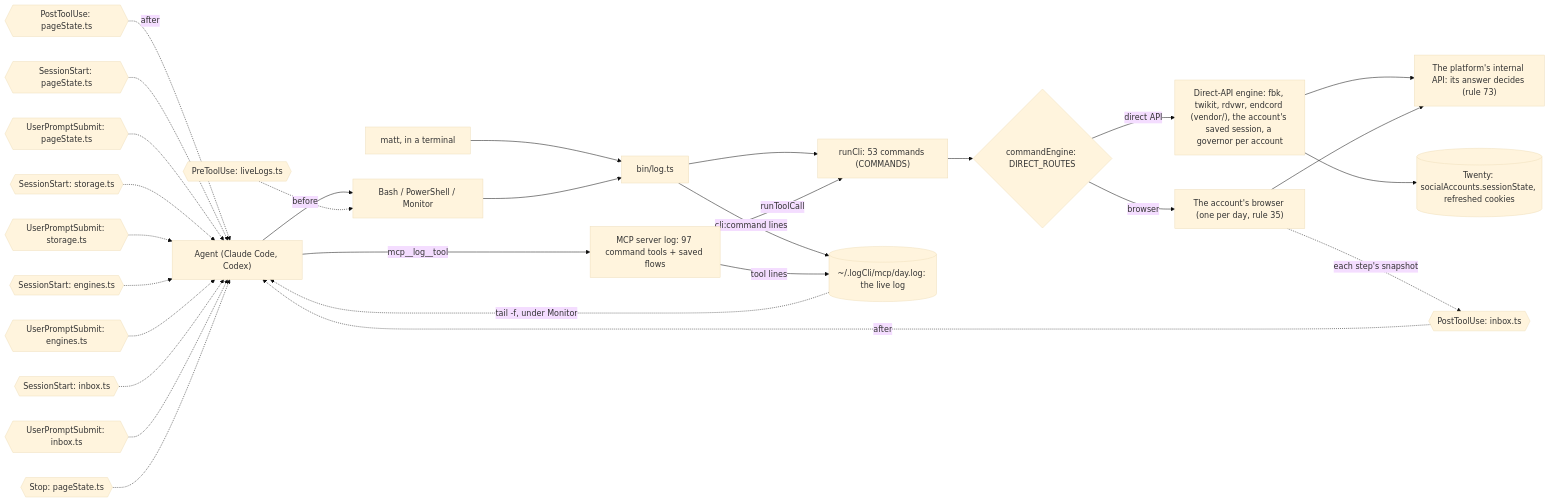
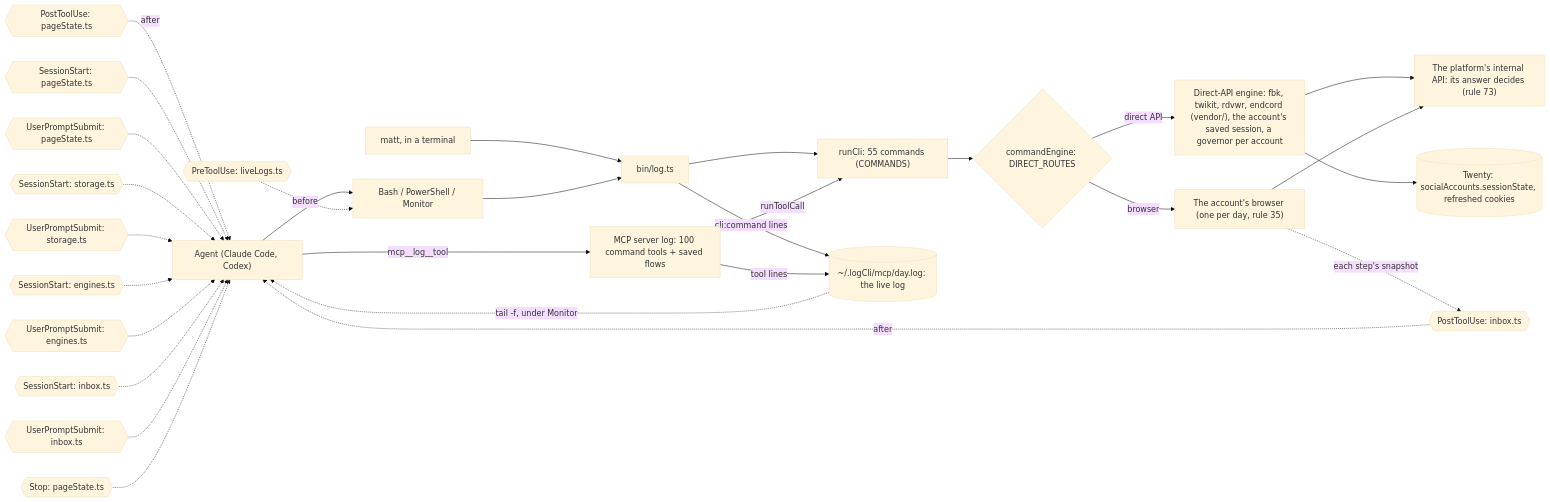
One commit to matthewdonsemail-lab/log changed the third of 6 diagrams in README.md. Above: the diagram before and after it, drawn with Mermaid (base theme). The commit also changed other lines of this file and 10 other files, not shown here.

Commit message:
feat(discord): log discord chats and send, on endcord, each an MCP tool

````diff
--- a/README.md
+++ b/README.md
@@ -232,43 +234,43 @@
 ```mermaid
 flowchart LR
   agent["Agent (Claude Code, Codex)"]
   matt["matt, in a terminal"]
   shell["Bash / PowerShell / Monitor"]
-  mcp["MCP server log: 97 command tools + saved flows"]
+  mcp["MCP server log: 100 command tools + saved flows"]
   bin["bin/log.ts"]
-  runCli["runCli: 53 commands (COMMANDS)"]
+  runCli["runCli: 55 commands (COMMANDS)"]
   live[("~/.logCli/mcp/day.log: the live log")]
   engine{"commandEngine: DIRECT_ROUTES"}
   direct["Direct-API engine: fbk, twikit, rdvwr, endcord (vendor/), the account's saved session, a governor per account"]
   browser["The account's browser (one per day, rule 35)"]
   api["The platform's internal API: its answer decides (rule 73)"]
   twenty[("Twenty: socialAccounts.sessionState, refreshed cookies")]
   agent --> shell
   matt --> bin
   shell --> bin
   agent -->|mcp__log__tool| mcp
   bin --> runCli
   mcp -->|runToolCall| runCli
   runCli --> engine
   engine -->|direct API| direct
   engine -->|browser| browser
   direct --> api
   browser --> api
   direct --> twenty
   bin -->|cli:command lines| live
   mcp -->|tool lines| live
   live -.->|tail -f, under Monitor| agent
   pre0{{"PreToolUse: liveLogs.ts"}} -.->|before| shell
   post0{{"PostToolUse: inbox.ts"}} -.->|after| agent
   post1{{"PostToolUse: pageState.ts"}} -.->|after| agent
   turn0{{"SessionStart: pageState.ts"}} -.-> agent
   turn1{{"UserPromptSubmit: pageState.ts"}} -.-> agent
   turn2{{"SessionStart: storage.ts"}} -.-> agent
   turn3{{"UserPromptSubmit: storage.ts"}} -.-> agent
   turn4{{"SessionStart: engines.ts"}} -.-> agent
   turn5{{"UserPromptSubmit: engines.ts"}} -.-> agent
   turn6{{"SessionStart: inbox.ts"}} -.-> agent
   turn7{{"UserPromptSubmit: inbox.ts"}} -.-> agent
   turn8{{"Stop: pageState.ts"}} -.-> agent
   browser -.->|each step's snapshot| post0
 ```
````
